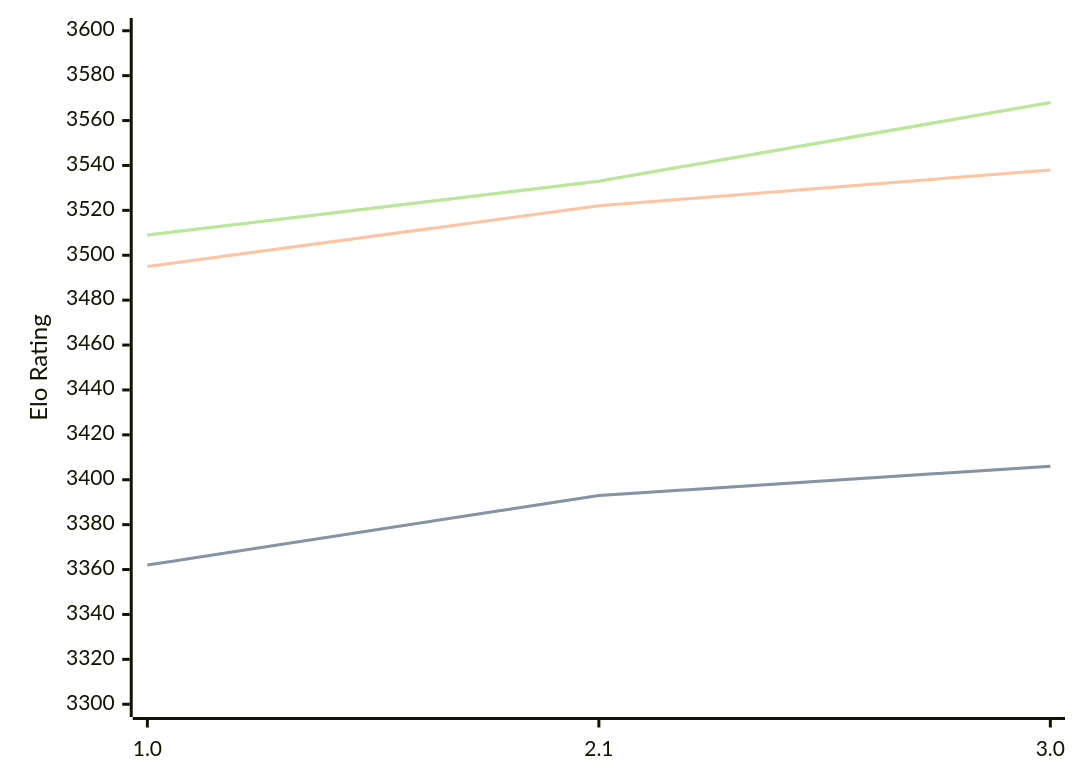
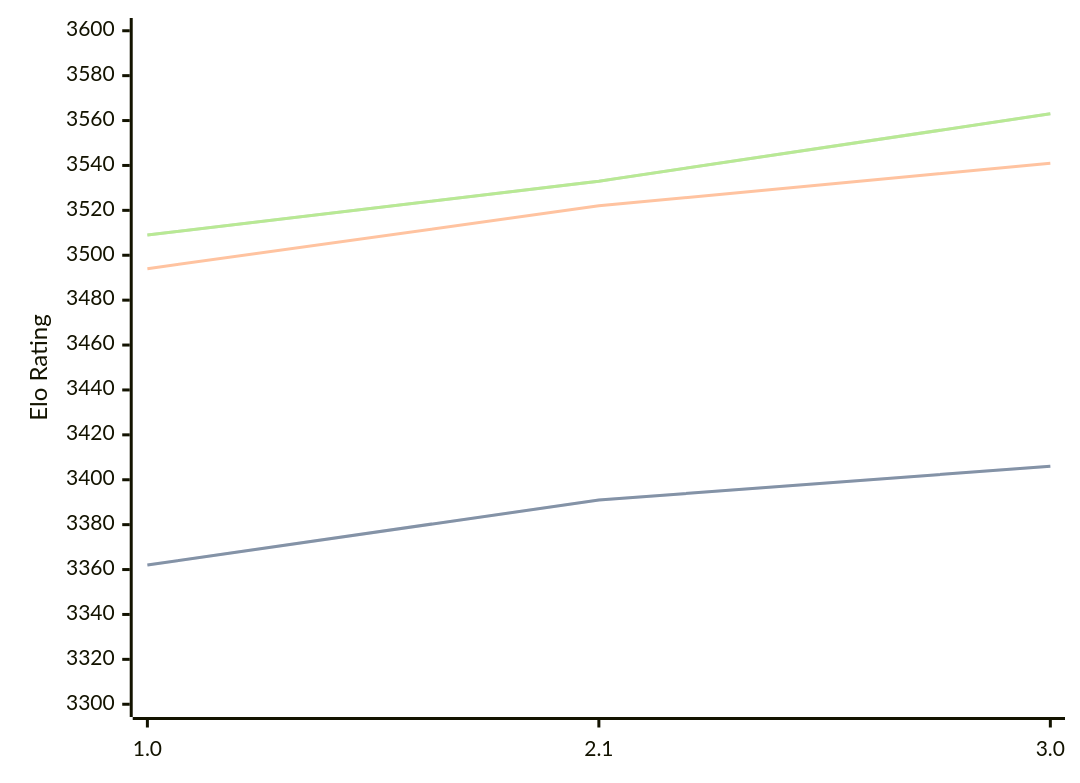
One commit to computer-chess-index/cci changed the diagram in engines/Hobbes.md. Above: the diagram before and after it, drawn with Mermaid. The commit also changed other lines of this file, not shown here.

Commit message:
Update CCI Ratings (ELO VLTC) - 2026-08-02

````diff
--- a/engines/Hobbes.md
+++ b/engines/Hobbes.md
@@ -34,11 +34,11 @@
 ```mermaid
 %%{init: {"theme":"base","themeVariables":{"seriesColors:['#a3a3a3','#222221','#faa371']}}}%%
 xychart-beta
   x-axis ["1.0", "2.1", "3.0"]
   y-axis "Elo Rating" 3300 --> 3600
-  line "STC (8.0+0.08s)" [3362, 3393, 3406]
-  line "STC (8.0+0.08s)" [3362, 3393, 3406]
-  line "LTC (60.0+0.60s)" [3495, 3522, 3538]
-  line "VLTC (2m24s+1.12s)" [3509, 3533, 3568]
-  line "VLTC (2m24s+1.12s)" [3509, 3533, 3568]
+  line "STC (8.0+0.08s)" [3362, 3391, 3406]
+  line "STC (8.0+0.08s)" [3362, 3391, 3406]
+  line "LTC (60.0+0.60s)" [3494, 3522, 3541]
+  line "VLTC (2m24s+1.12s)" [3509, 3533, 3563]
+  line "VLTC (2m24s+1.12s)" [3509, 3533, 3563]
 ```
````
